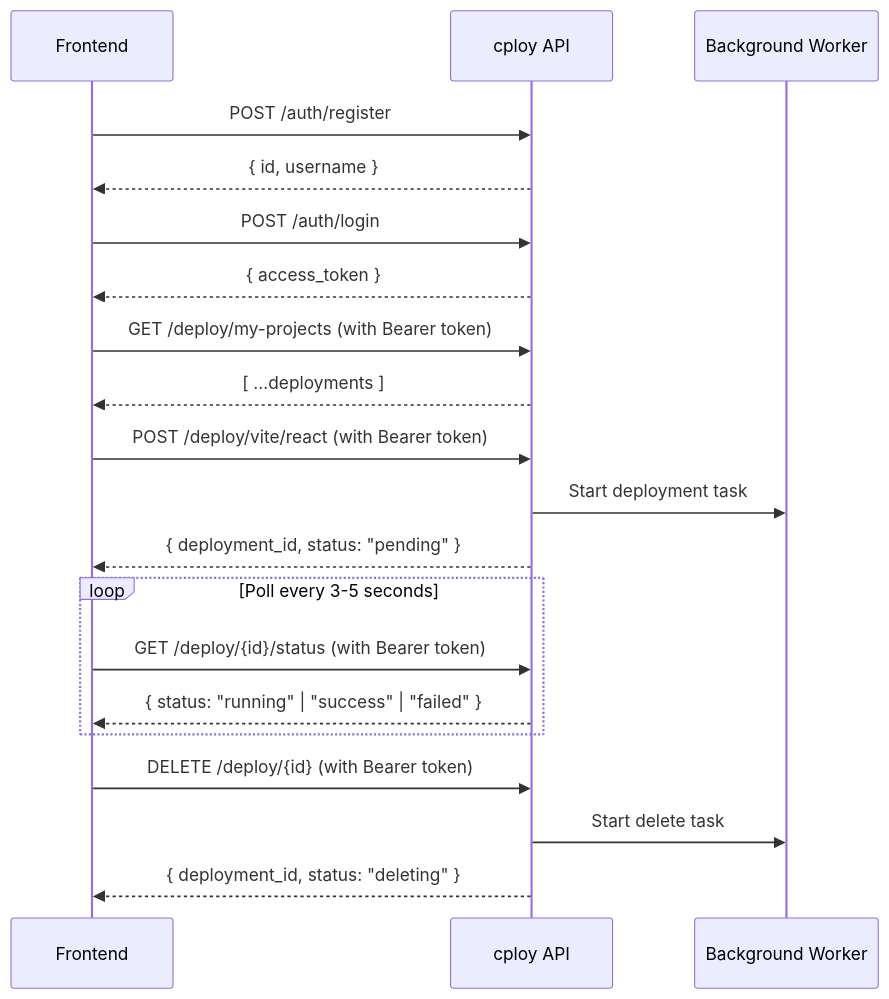
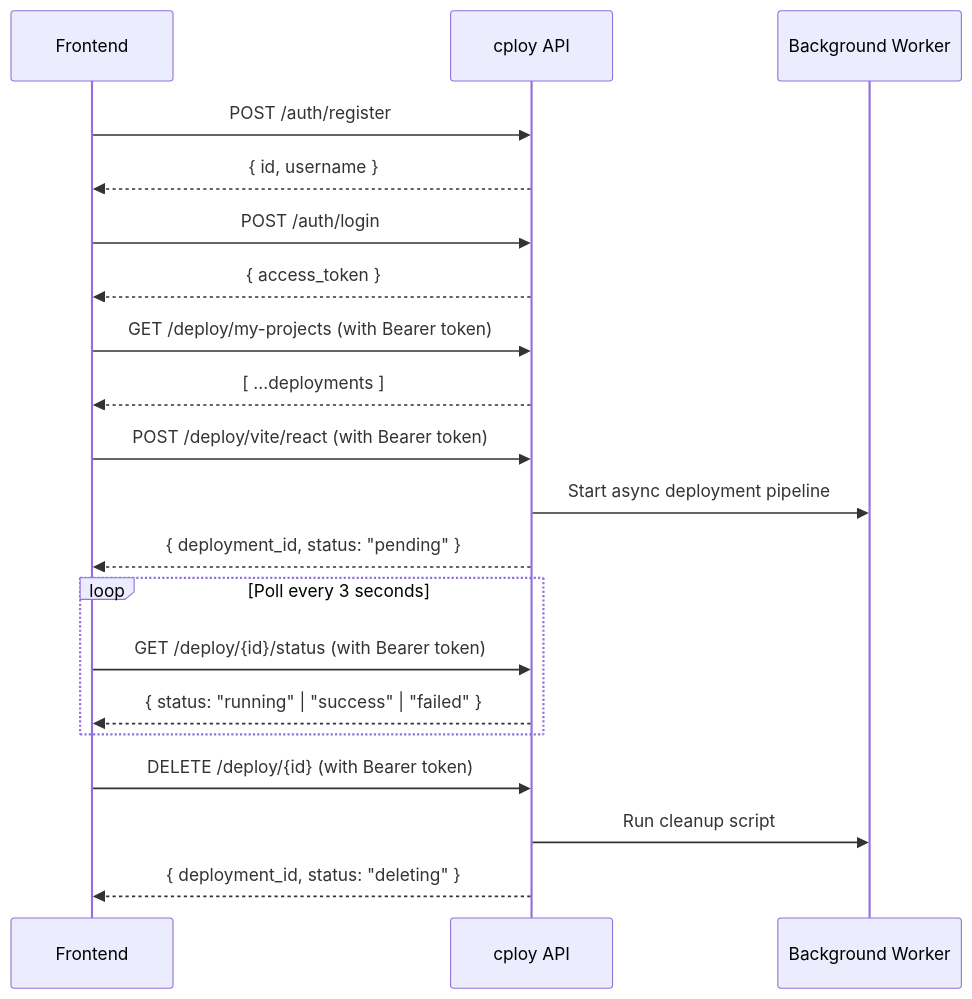
Before and after one commit to Dev-Saurabh-K/deployCode: the first of 2 diagrams in api_documentation.md, drawn with Mermaid. The commit also changed other lines of this file and 4 other files, not shown here.

````diff
--- a/api_documentation.md
+++ b/api_documentation.md
@@ -47,28 +51,28 @@
 ```mermaid
 sequenceDiagram
     participant FE as Frontend
     participant API as cploy API
     participant BG as Background Worker
 
     FE->>API: POST /auth/register
     API-->>FE: { id, username }
 
     FE->>API: POST /auth/login
     API-->>FE: { access_token }
 
     FE->>API: GET /deploy/my-projects (with Bearer token)
     API-->>FE: [ ...deployments ]
 
     FE->>API: POST /deploy/vite/react (with Bearer token)
-    API->>BG: Start deployment task
+    API->>BG: Start async deployment pipeline
     API-->>FE: { deployment_id, status: "pending" }
 
-    loop Poll every 3-5 seconds
+    loop Poll every 3 seconds
         FE->>API: GET /deploy/{id}/status (with Bearer token)
         API-->>FE: { status: "running" | "success" | "failed" }
     end
 
     FE->>API: DELETE /deploy/{id} (with Bearer token)
-    API->>BG: Start delete task
+    API->>BG: Run cleanup script
     API-->>FE: { deployment_id, status: "deleting" }
 ```
````
